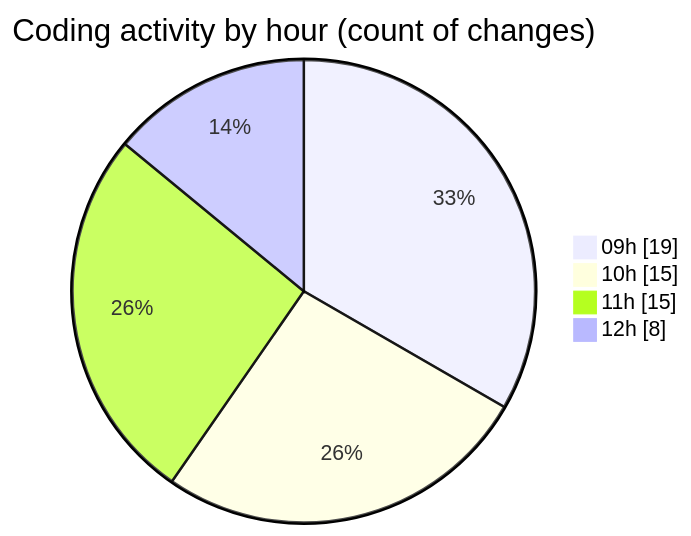
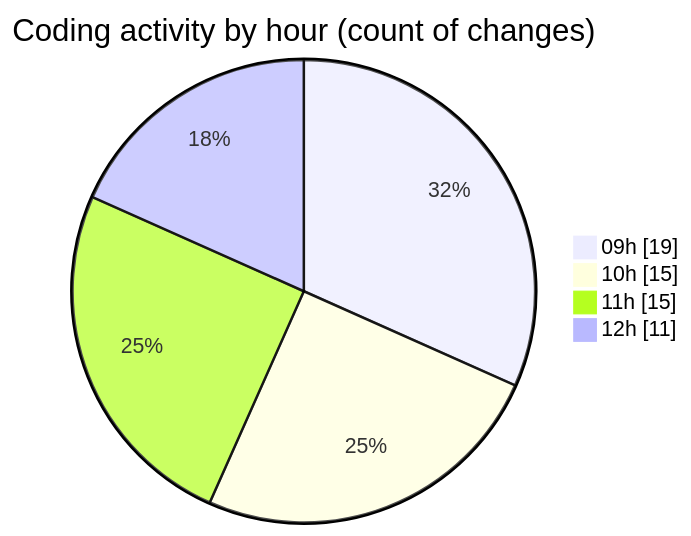
The second of 2 diagrams in 2025-09-05/cda/README.md (momahboobian/code-tracking), drawn with Mermaid before and after one commit. The commit also changed other lines of this file and 1 other file, not shown here.

````diff
--- a/2025-09-05/cda/README.md
+++ b/2025-09-05/cda/README.md
@@ -35,8 +35,8 @@
 ```mermaid
 pie showData
 title Coding activity by hour (count of changes)
 "09h" : 19
 "10h" : 15
 "11h" : 15
-"12h" : 8
+"12h" : 11
 ```
````
